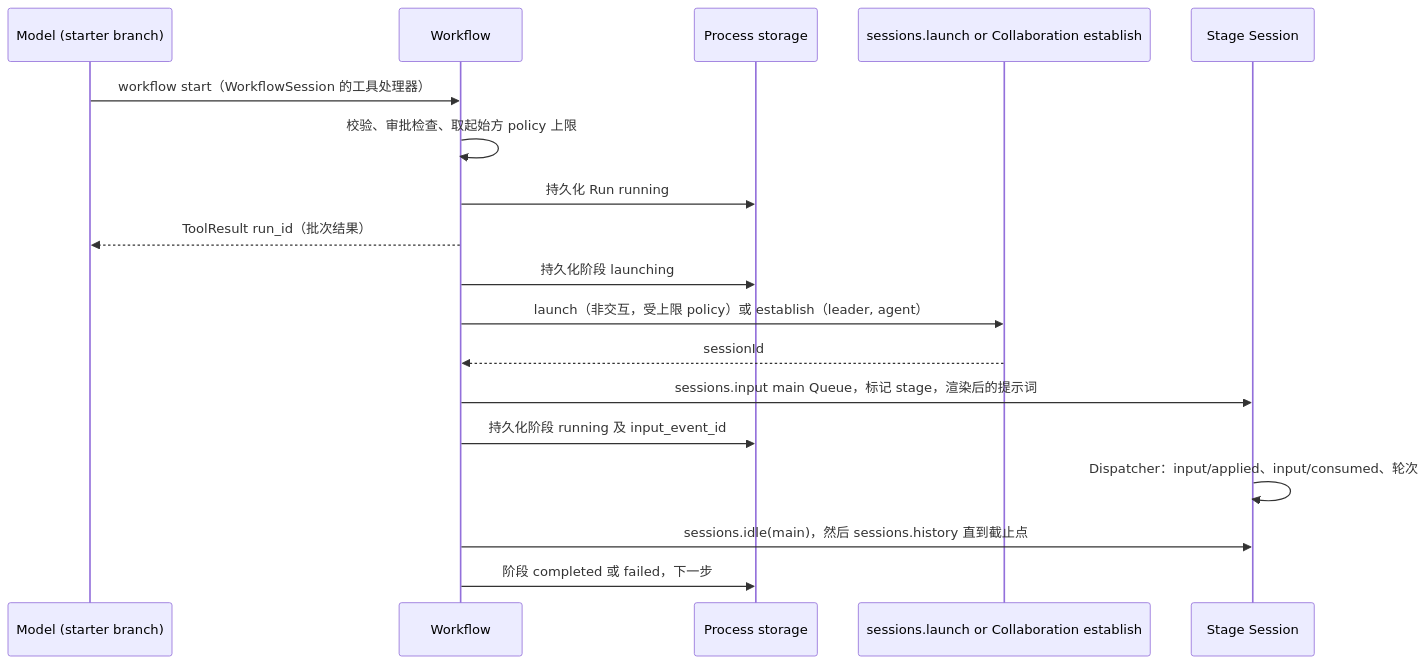
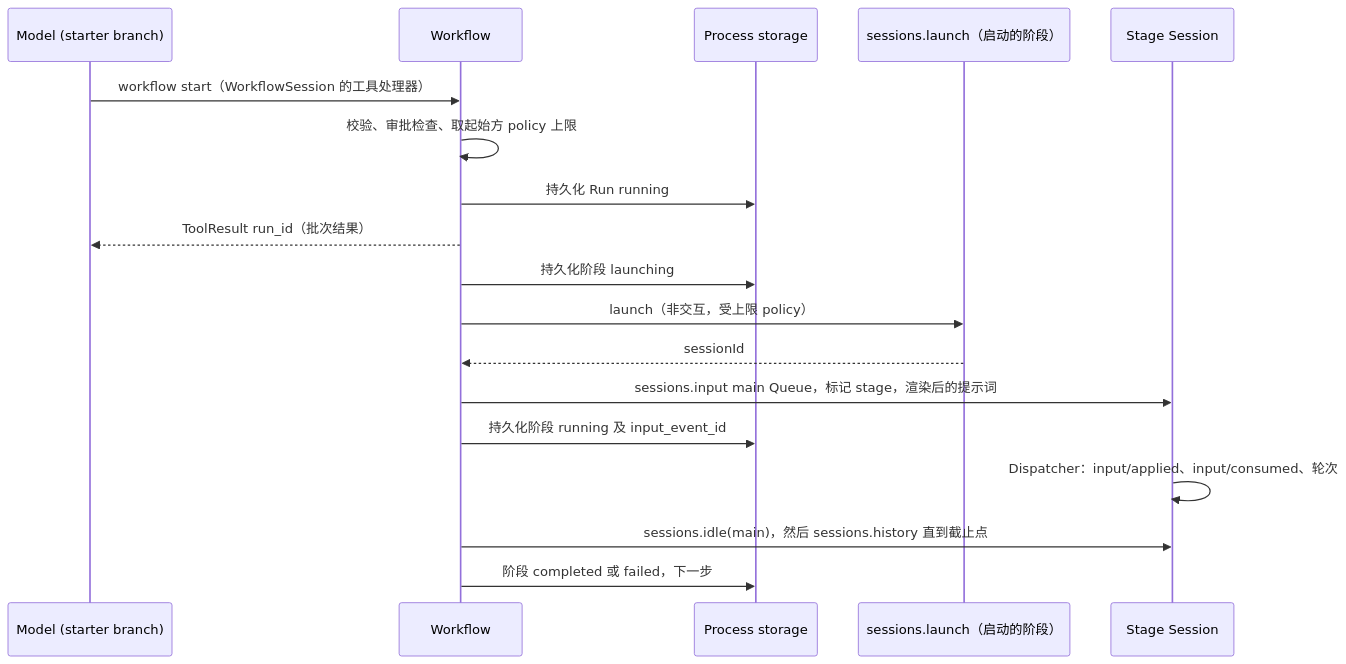
Before and after one commit to CoutinhoTTS/dim-agent: the third of 6 diagrams in docs/zh/design/plugins/Workflow.md, drawn with Mermaid. The commit also changed other lines of this file and 42 other files, not shown here.

````diff
--- a/docs/zh/design/plugins/Workflow.md
+++ b/docs/zh/design/plugins/Workflow.md
@@ -96,20 +96,20 @@
 ```mermaid
 sequenceDiagram
   participant M as Model (starter branch)
   participant WF as Workflow
   participant ST as Process storage
-  participant AG as sessions.launch or Collaboration establish
+  participant AG as sessions.launch（启动的阶段）
   participant SS as Stage Session
   M->>WF: workflow start（WorkflowSession 的工具处理器）
   WF->>WF: 校验、审批检查、取起始方 policy 上限
   WF->>ST: 持久化 Run running
   WF-->>M: ToolResult run_id（批次结果）
   WF->>ST: 持久化阶段 launching
-  WF->>AG: launch（非交互，受上限 policy）或 establish（leader, agent）
+  WF->>AG: launch（非交互，受上限 policy）
   AG-->>WF: sessionId
   WF->>SS: sessions.input main Queue，标记 stage，渲染后的提示词
   WF->>ST: 持久化阶段 running 及 input_event_id
   SS->>SS: Dispatcher：input/applied、input/consumed、轮次
   WF->>SS: sessions.idle(main)，然后 sessions.history 直到截止点
   WF->>ST: 阶段 completed 或 failed，下一步
 ```
````
